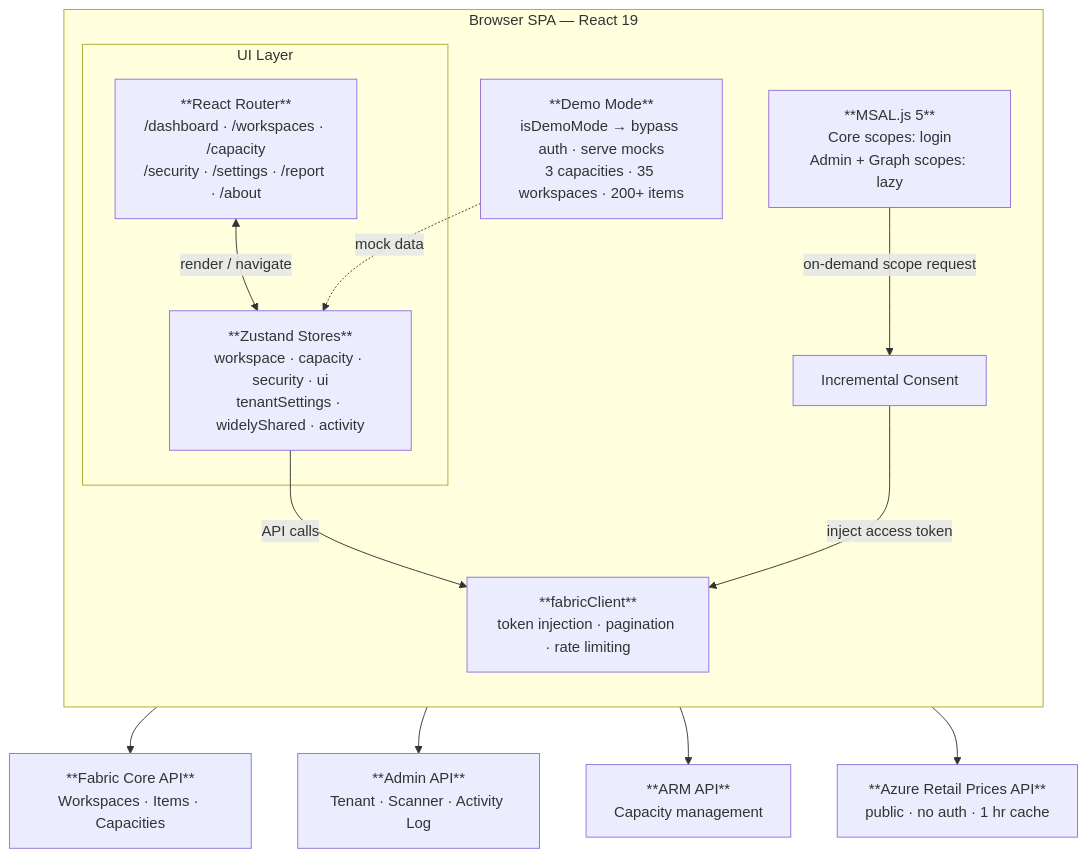
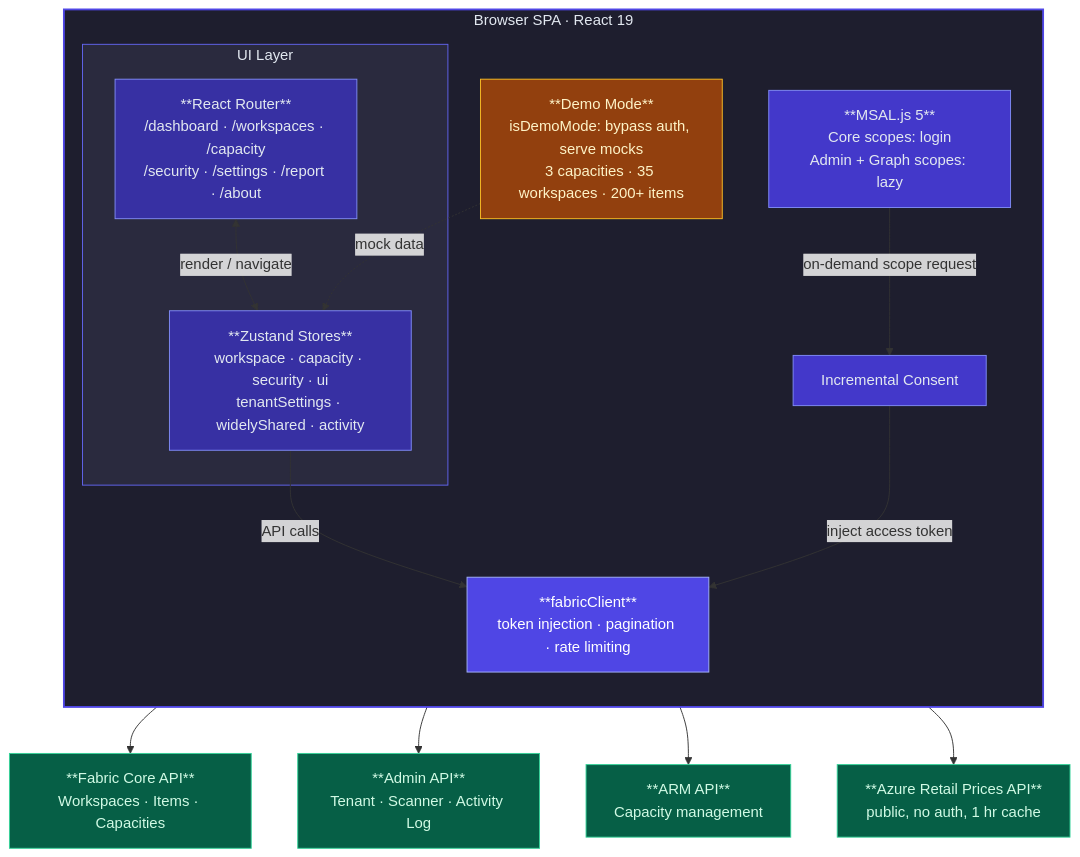
Before and after one commit to psistla/fabric-lens: the diagram in README.md, drawn with Mermaid. The commit also changed other lines of this file and 7 other files, not shown here.

````diff
--- a/README.md
+++ b/README.md
@@ -154,26 +153,39 @@
 ```mermaid
 flowchart TD
-    subgraph Browser["Browser SPA — React 19"]
+    subgraph Browser["Browser SPA · React 19"]
         direction TB
         subgraph UI["UI Layer"]
             Router["**React Router**\n/dashboard · /workspaces · /capacity\n/security · /settings · /report · /about"]
             Stores["**Zustand Stores**\nworkspace · capacity · security · ui\ntenantSettings · widelyShared · activity"]
         end
 
         MSAL["**MSAL.js 5**\nCore scopes: login\nAdmin + Graph scopes: lazy"]
         IC["Incremental Consent"]
         FC["**fabricClient**\ntoken injection · pagination · rate limiting"]
-        Demo["**Demo Mode**\nisDemoMode → bypass auth · serve mocks\n3 capacities · 35 workspaces · 200+ items"]
+        Demo["**Demo Mode**\nisDemoMode: bypass auth, serve mocks\n3 capacities · 35 workspaces · 200+ items"]
     end
 
     Router <-->|render / navigate| Stores
     Stores -->|API calls| FC
     MSAL -->|on-demand scope request| IC
     IC -->|inject access token| FC
     Demo -. mock data .-> Stores
 
     FC --> FabricAPI["**Fabric Core API**\nWorkspaces · Items · Capacities"]
     FC --> AdminAPI["**Admin API**\nTenant · Scanner · Activity Log"]
     FC --> ARMAPI["**ARM API**\nCapacity management"]
-    FC --> PricingAPI["**Azure Retail Prices API**\npublic · no auth · 1 hr cache"]
+    FC --> PricingAPI["**Azure Retail Prices API**\npublic, no auth, 1 hr cache"]
+
+    style Browser fill:#1e1e2e,stroke:#4F46E5,stroke-width:2px,color:#e2e8f0
+    style UI fill:#2a2a3e,stroke:#6366f1,stroke-width:1px,color:#e2e8f0
+    style Router fill:#3730a3,stroke:#818cf8,color:#e2e8f0
+    style Stores fill:#3730a3,stroke:#818cf8,color:#e2e8f0
+    style MSAL fill:#4338ca,stroke:#818cf8,color:#e2e8f0
+    style IC fill:#4338ca,stroke:#818cf8,color:#e2e8f0
+    style FC fill:#4F46E5,stroke:#a5b4fc,color:#ffffff
+    style Demo fill:#92400e,stroke:#fbbf24,color:#fef3c7
+    style FabricAPI fill:#065f46,stroke:#34d399,color:#d1fae5
+    style AdminAPI fill:#065f46,stroke:#34d399,color:#d1fae5
+    style ARMAPI fill:#065f46,stroke:#34d399,color:#d1fae5
+    style PricingAPI fill:#065f46,stroke:#34d399,color:#d1fae5
 ```
````
